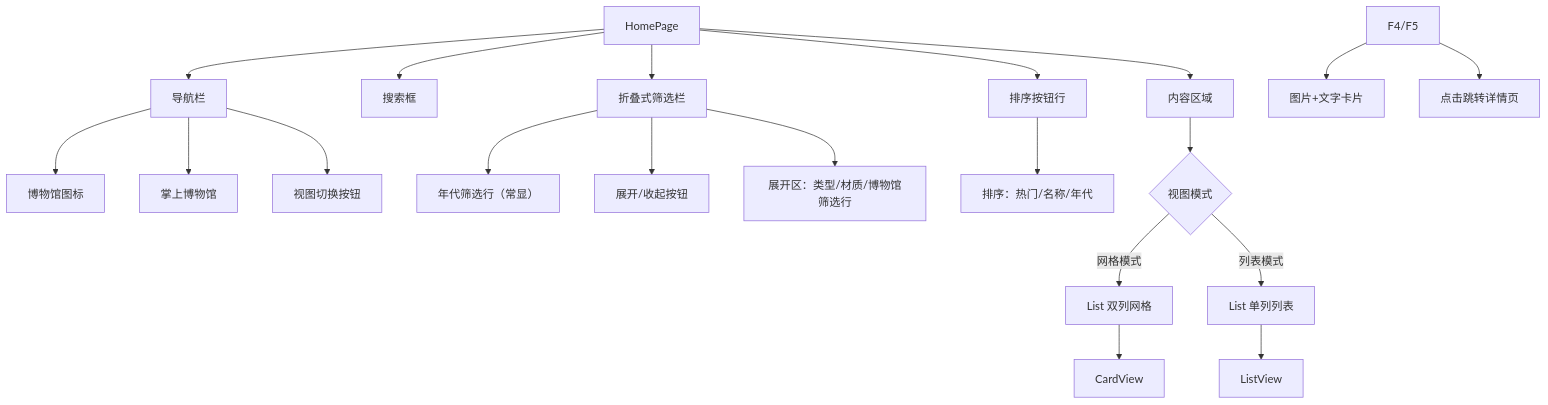
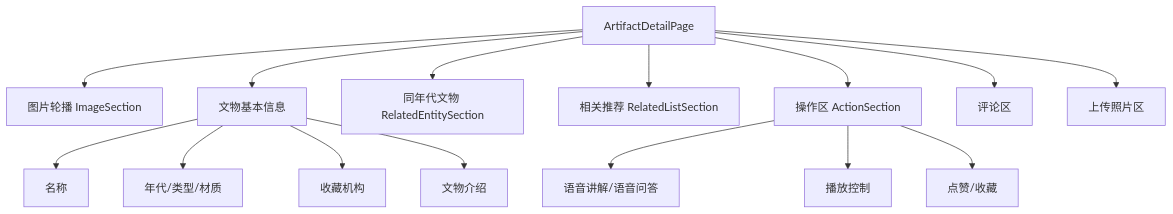
One commit to BUCT-CS2301/PalmMuseum changed the fourth of 8 diagrams in Doc/设计文档.md. Above: the diagram before and after it, drawn with Mermaid. The commit also changed other lines of this file, not shown here.

````diff
--- a/Doc/设计文档.md
+++ b/Doc/设计文档.md
@@ -441,26 +425,17 @@
 ```mermaid
 flowchart TD
-    A[HomePage] --> B[导航栏]
-    A --> C[搜索框]
-    A --> D[折叠式筛选栏]
-    A --> E[排序按钮行]
-    A --> F[内容区域]
-
-    B --> B1[博物馆图标]
-    B --> B2[掌上博物馆]
-    B --> B3[视图切换按钮]
-
-    D --> D1[年代筛选行（常显）]
-    D --> D2[展开/收起按钮]
-    D --> D3[展开区：类型/材质/博物馆筛选行]
-
-    E --> E1[排序：热门/名称/年代]
-
-    F --> F1{视图模式}
-    F1 -- 网格模式 --> F2[List 双列网格]
-    F1 -- 列表模式 --> F3[List 单列列表]
-    F2 --> F4[CardView]
-    F3 --> F5[ListView]
-    F4/F5 --> F6[图片+文字卡片]
-    F4/F5 --> F7[点击跳转详情页]
+    A[ArtifactDetailPage] --> B[图片轮播 ImageSection]
+    A --> C[文物基本信息]
+    C --> C1[名称]
+    C --> C2[年代/类型/材质]
+    C --> C3[收藏机构]
+    C --> C4[文物介绍]
+    A --> D[同年代文物 RelatedEntitySection]
+    A --> E[相关推荐 RelatedListSection]
+    A --> F[操作区 ActionSection]
+    F --> F1[语音讲解/语音问答]
+    F --> F2[播放控制]
+    F --> F3[点赞/收藏]
+    A --> G[评论区]
+    A --> H[上传照片区]
 ```
````
